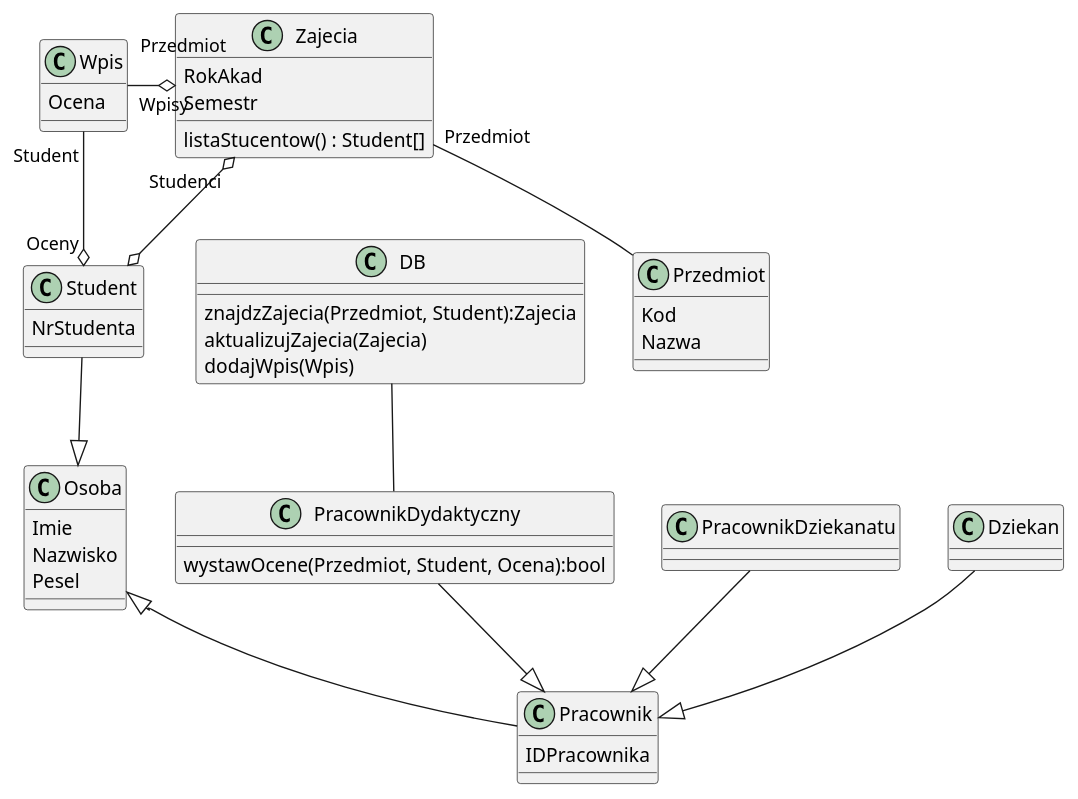
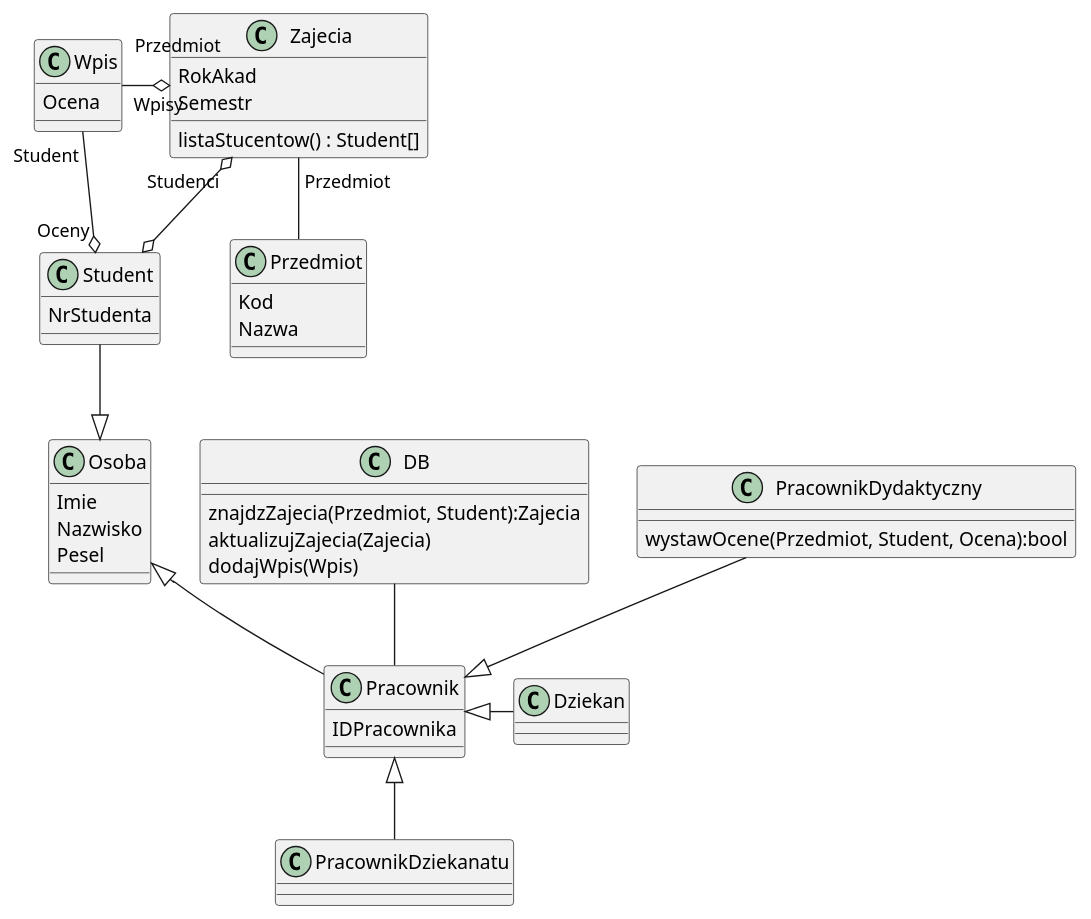
The diagram in Dzienne/usos_class-diagram.plantuml (kpodlaski/Modelowanie_UML_2023), drawn with PlantUML before and after one commit.

Commit message:
małe zmiany

```diff
--- a/Dzienne/usos_class-diagram.plantuml
+++ b/Dzienne/usos_class-diagram.plantuml
@@ -1,58 +1,59 @@
 @startuml
 
 class DB{
     znajdzZajecia(Przedmiot, Student):Zajecia
     aktualizujZajecia(Zajecia)
     dodajWpis(Wpis)
 }
 
 class Osoba{
     Imie 
     Nazwisko
     Pesel
 }
 class Student{
     NrStudenta
 }
 class Pracownik{
     IDPracownika
 }
 class PracownikDydaktyczny{
     wystawOcene(Przedmiot, Student, Ocena):bool
 }
 class PracownikDziekanatu 
 class Dziekan 
 
-class Przedmiot{
-    Kod
-    Nazwa
-}
 class Zajecia{
     RokAkad
     Semestr
     'Zastąpione linią
     'Przedmiot : Przedmiot
     listaStucentow() : Student[]
 }
 
+class Przedmiot{
+    Kod
+    Nazwa
+}
+
 class Wpis{
     Ocena
 }
 
 Student --|> Osoba 
 Osoba <|-- Pracownik
-PracownikDziekanatu --|> Pracownik
+PracownikDziekanatu -up-|> Pracownik
 PracownikDydaktyczny --|> Pracownik
-Dziekan --|> Pracownik
-PracownikDydaktyczny -up- DB
+Dziekan -left-|> Pracownik
+Pracownik -up- DB
 
 Wpis "Student" --o "Oceny" Student
 Zajecia "Przedmiot" -- Przedmiot
 Zajecia "Wpisy" o--left-- "Przedmiot" Wpis
 
 'Powiązanie jest w relacji bazodanowej natomiast nie jest reprezentowane w klasach
 'Zajecia "Prowadzacy" --o PracownikDydaktyczny
 Zajecia "Studenci" o--o Student
 
 
 @enduml
```
